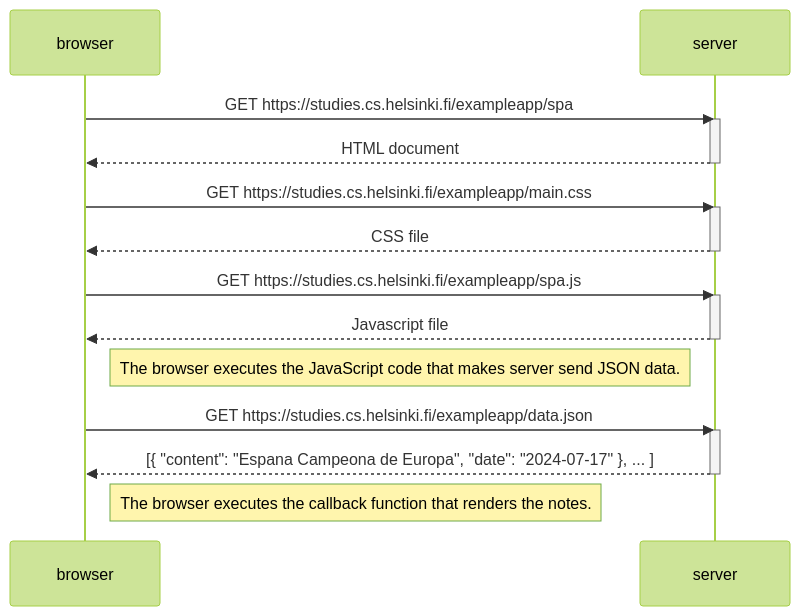
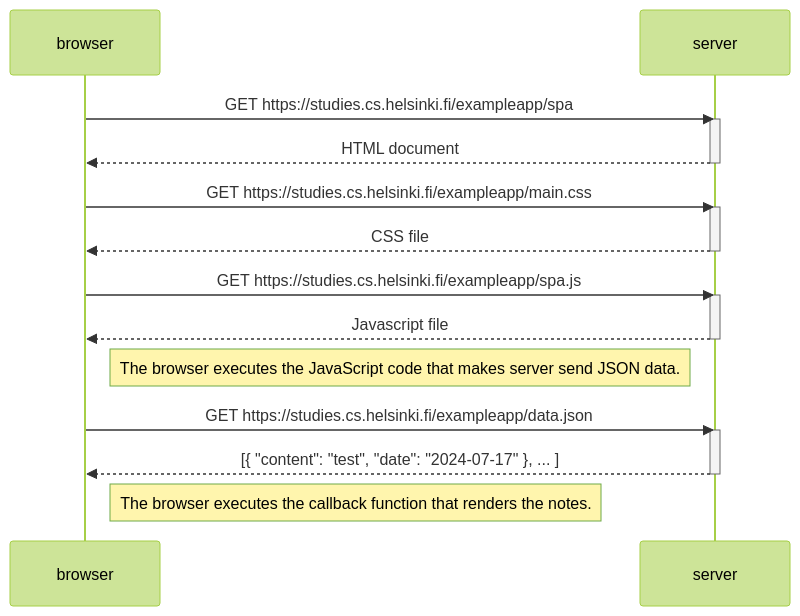
Before and after one commit to mateeo69/FullStackOpen: the diagram in part0/0_5.md, drawn with Mermaid (forest theme).

Commit message:
finished ex5

````diff
--- a/part0/0_5.md
+++ b/part0/0_5.md
@@ -1,31 +1,31 @@
 ```mermaid
 sequenceDiagram
     participant browser
     participant server
 
     browser->>server: GET https://studies.cs.helsinki.fi/exampleapp/spa
 
     activate server
     server-->>browser: HTML document
     deactivate server
 
     browser->>server: GET https://studies.cs.helsinki.fi/exampleapp/main.css
     activate server
     server-->>browser: CSS file
     deactivate server
 
     browser->>server: GET https://studies.cs.helsinki.fi/exampleapp/spa.js
     activate server
     server-->>browser: Javascript file
     deactivate server
 
     Note right of browser: The browser executes the JavaScript code that makes server send JSON data.
 
     browser->>server: GET https://studies.cs.helsinki.fi/exampleapp/data.json
     activate server
-    server-->>browser: [{ "content": "Espana Campeona de Europa", "date": "2024-07-17" }, ... ]
+    server-->>browser: [{ "content": "test", "date": "2024-07-17" }, ... ]
     deactivate server
 
     Note right of browser: The browser executes the callback function that renders the notes.
 
 ```
````
